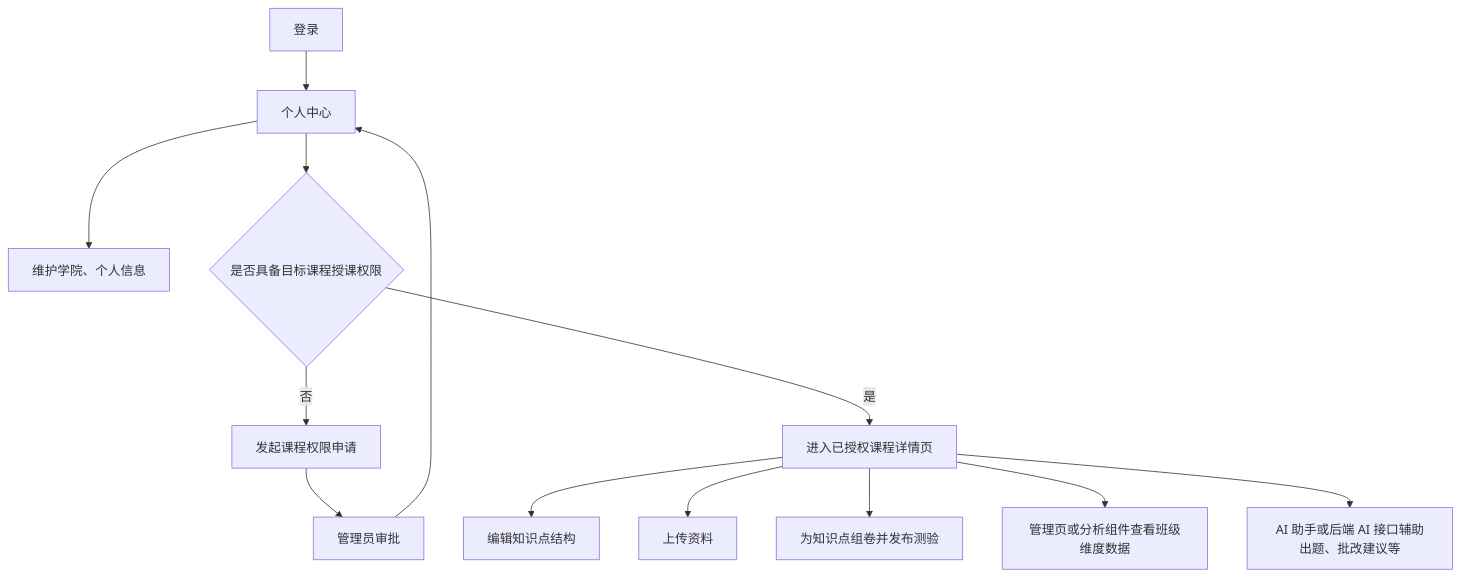
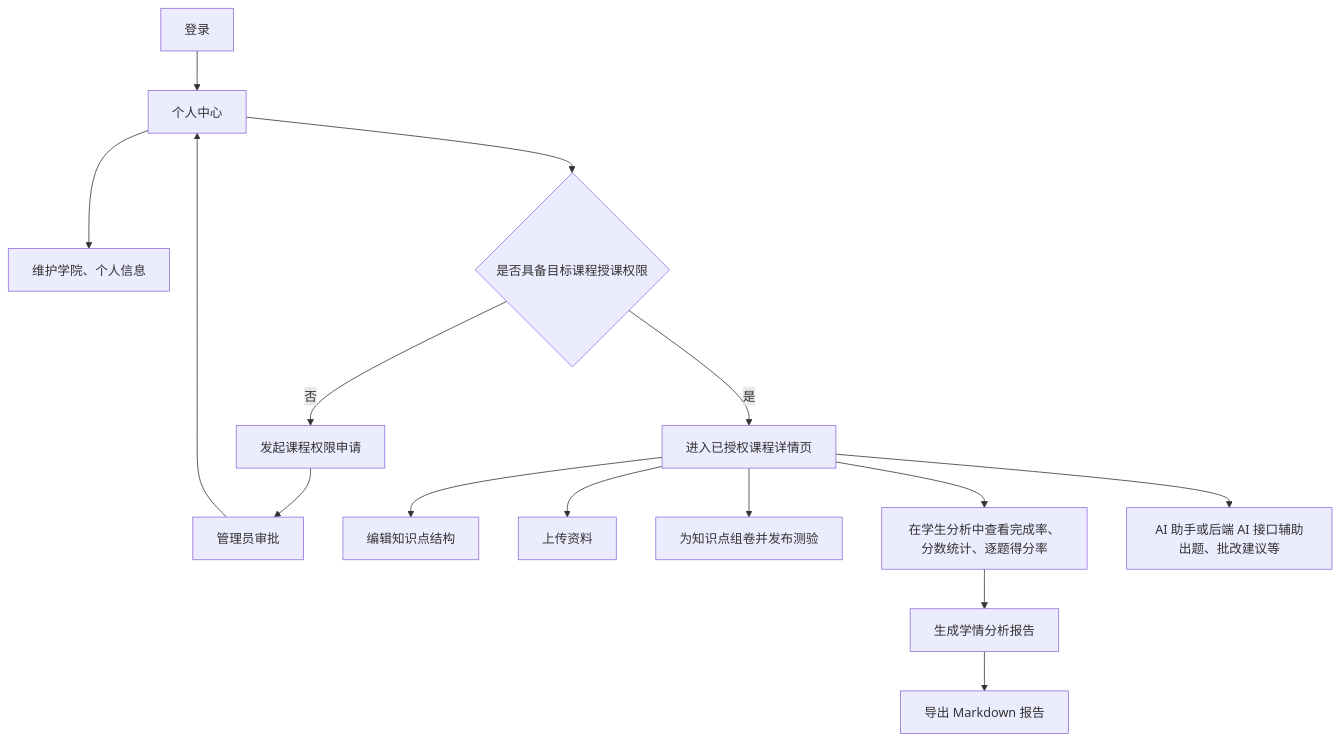
One commit to HenryTJS/zstp changed the second of 3 diagrams in diagrams/typical-flows.md. Above: the diagram before and after it, drawn with Mermaid. The commit also changed 4 other files, not shown here.

````diff
--- a/diagrams/typical-flows.md
+++ b/diagrams/typical-flows.md
@@ -38,18 +38,20 @@
 ```mermaid
 flowchart TD
   T0[登录] --> T1[个人中心]
   T1 --> T2[维护学院、个人信息]
 
   T1 --> Q{是否具备目标课程授课权限}
   Q -->|否| R[发起课程权限申请]
   R --> R1[管理员审批]
   R1 --> T1
 
   Q -->|是| T3[进入已授权课程详情页]
   T3 --> T4[编辑知识点结构]
   T3 --> T5[上传资料]
 
   T3 --> T6[为知识点组卷并发布测验]
-  T3 --> T7[管理页或分析组件查看班级维度数据]
+  T3 --> T7[在学生分析中查看完成率、分数统计、逐题得分率]
+  T7 --> T7a[生成学情分析报告]
+  T7a --> T7b[导出 Markdown 报告]
   T3 --> T8[AI 助手或后端 AI 接口辅助出题、批改建议等]
 ```
````
